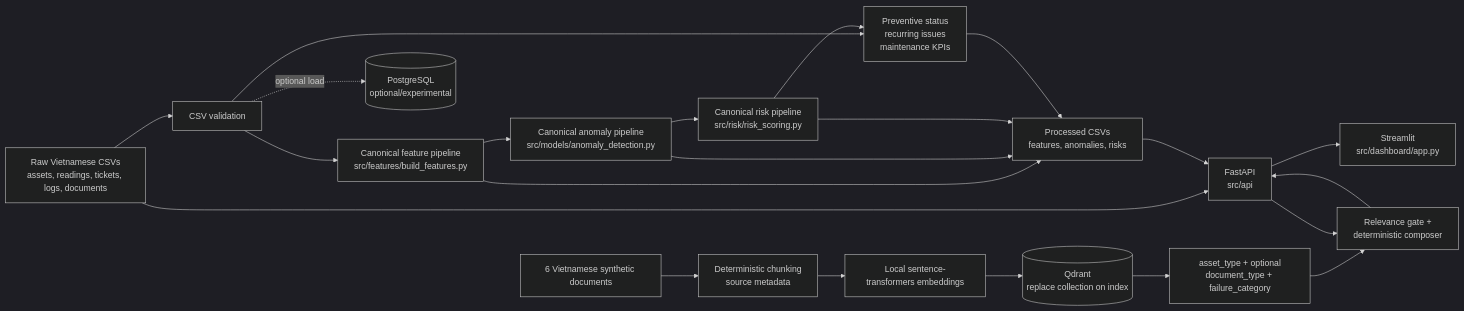
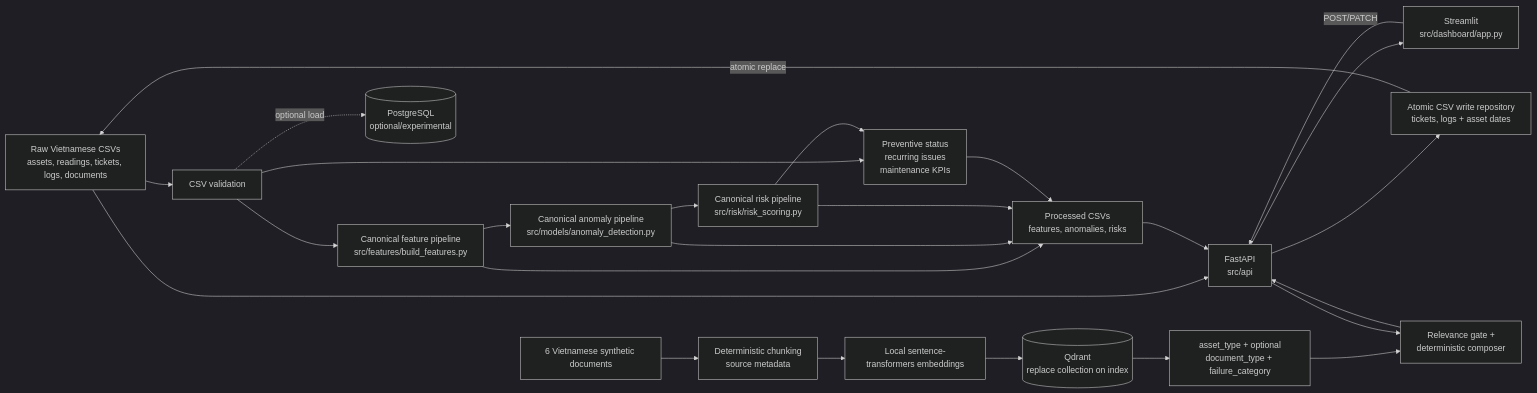
One commit to khoavd18/AI_maintain changed the diagram in docs/architecture.md. Above: the diagram before and after it, drawn with Mermaid (dark theme). The commit also changed other lines of this file and 33 other files, not shown here.

````diff
--- a/docs/architecture.md
+++ b/docs/architecture.md
@@ -13,36 +13,40 @@
 ```mermaid
 flowchart LR
     Raw[Raw Vietnamese CSVs<br/>assets, readings, tickets, logs, documents]
     Validation[CSV validation]
     Features[Canonical feature pipeline<br/>src/features/build_features.py]
     Maintenance[Preventive status<br/>recurring issues<br/>maintenance KPIs]
     Anomaly[Canonical anomaly pipeline<br/>src/models/anomaly_detection.py]
     Risk[Canonical risk pipeline<br/>src/risk/risk_scoring.py]
     Processed[Processed CSVs<br/>features, anomalies, risks]
     API[FastAPI<br/>src/api]
+    WriteRepo[Atomic CSV write repository<br/>tickets, logs + asset dates]
     Dashboard[Streamlit<br/>src/dashboard/app.py]
 
     Raw --> Validation
     Raw --> API
     Validation --> Features
     Validation --> Maintenance
     Features --> Anomaly
     Anomaly --> Risk
     Risk --> Maintenance
     Features --> Processed
     Anomaly --> Processed
     Risk --> Processed
     Maintenance --> Processed
     Processed --> API
     API --> Dashboard
+    Dashboard -->|POST/PATCH| API
+    API --> WriteRepo
+    WriteRepo -->|atomic replace| Raw
 
     Docs[6 Vietnamese synthetic documents] --> Chunking[Deterministic chunking<br/>source metadata]
     Chunking --> Embeddings[Local sentence-transformers embeddings]
     Embeddings --> Qdrant[(Qdrant<br/>replace collection on index)]
     Qdrant --> Filters[asset_type + optional<br/>document_type + failure_category]
     Filters --> Copilot[Relevance gate +<br/>deterministic composer]
     API --> Copilot
     Copilot --> API
 
     Validation -. optional load .-> Postgres[(PostgreSQL<br/>optional/experimental)]
 ```
````
